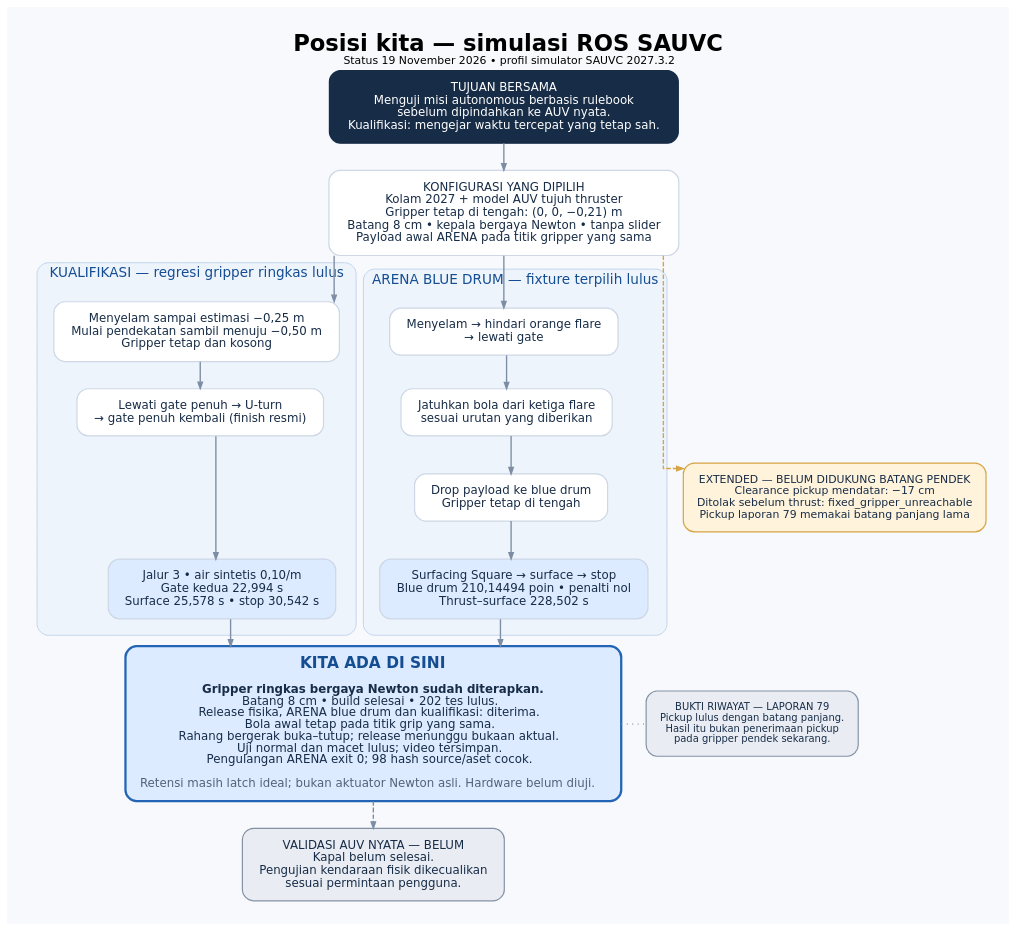
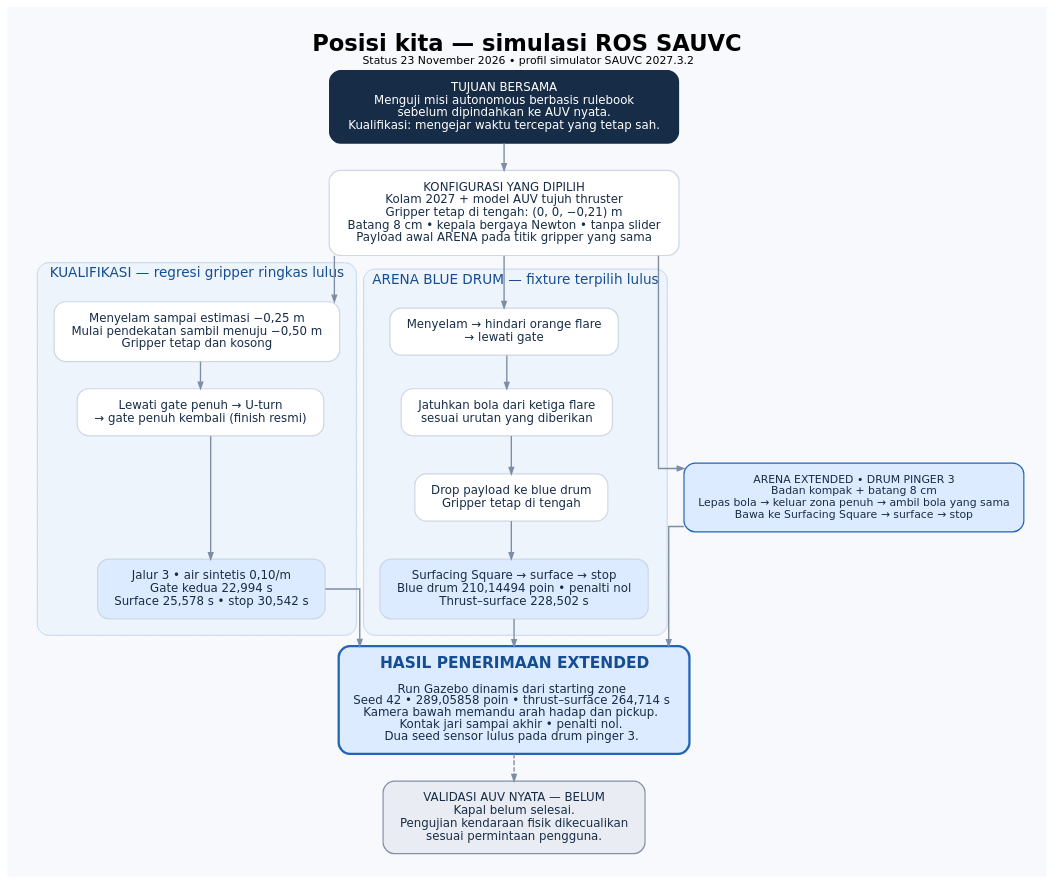
Before and after one commit to Customize5773/AUV: the diagram in doc/diagrams/status-simulasi-sauvc.dot, drawn with Graphviz. The commit also changed 15 other files, not shown here.

First line of the commit message:
Enhance compact pickup and alignment strategies in arena mission

```diff
--- a/doc/diagrams/status-simulasi-sauvc.dot
+++ b/doc/diagrams/status-simulasi-sauvc.dot
@@ -1,50 +1,43 @@
 digraph progress {
   graph [rankdir=TB, newrank=true, bgcolor="#F7F9FC", pad="0.35", nodesep="0.38", ranksep="0.42", splines=ortho,
          fontname="DejaVu Sans", labelloc=t,
-         label=<<FONT POINT-SIZE="25"><B>Posisi kita — simulasi ROS SAUVC</B></FONT><BR/><FONT POINT-SIZE="12">Status 19 November 2026 • profil simulator SAUVC 2027.3.2</FONT>>];
+         label=<<FONT POINT-SIZE="25"><B>Posisi kita — simulasi ROS SAUVC</B></FONT><BR/><FONT POINT-SIZE="12">Status 23 November 2026 • profil simulator SAUVC 2027.3.2</FONT>>];
   node [shape=box, style="rounded,filled", fontname="DejaVu Sans", fontsize=13,
         color="#CDD7E5", fillcolor="white", fontcolor="#172C47", margin="0.22,0.16", penwidth=1.3];
   edge [color="#7D8DA5", arrowsize=0.7, penwidth=1.5];
 
   goal [fillcolor="#172C47", fontcolor="white", color="#172C47",
         label="TUJUAN BERSAMA\nMenguji misi autonomous berbasis rulebook\nsebelum dipindahkan ke AUV nyata.\nKualifikasi: mengejar waktu tercepat yang tetap sah."];
   platform [label="KONFIGURASI YANG DIPILIH\nKolam 2027 + model AUV tujuh thruster\nGripper tetap di tengah: (0, 0, −0,21) m\nBatang 8 cm • kepala bergaya Newton • tanpa slider\nPayload awal ARENA pada titik gripper yang sama"];
   goal -> platform;
 
   subgraph cluster_q {
     label="KUALIFIKASI — regresi gripper ringkas lulus"; fontname="DejaVu Sans"; fontsize=15; fontcolor="#144D91";
     color="#BED2EB"; style="rounded,filled"; fillcolor="#EEF4FC"; margin=18;
     q1 [label="Menyelam sampai estimasi −0,25 m\nMulai pendekatan sambil menuju −0,50 m\nGripper tetap dan kosong"];
     q2 [label="Lewati gate penuh → U-turn\n→ gate penuh kembali (finish resmi)"];
     q3 [label="Jalur 3 • air sintetis 0,10/m\nGate kedua 22,994 s\nSurface 25,578 s • stop 30,542 s", fillcolor="#DCEBFF"];
     q1 -> q2 -> q3;
   }
   subgraph cluster_a {
     label="ARENA BLUE DRUM — fixture terpilih lulus"; fontname="DejaVu Sans"; fontsize=15; fontcolor="#144D91";
     color="#BED2EB"; style="rounded,filled"; fillcolor="#EEF4FC"; margin=18;
     a1 [label="Menyelam → hindari orange flare\n→ lewati gate"];
     a2 [label="Jatuhkan bola dari ketiga flare\nsesuai urutan yang diberikan"];
     a3 [label="Drop payload ke blue drum\nGripper tetap di tengah"];
     a4 [label="Surfacing Square → surface → stop\nBlue drum 210,14494 poin • penalti nol\nThrust–surface 228,502 s", fillcolor="#DCEBFF"];
     a1 -> a2 -> a3 -> a4;
   }
-  blocked [fillcolor="#FFF3DB", color="#D6A445", fontsize=12,
-           label="EXTENDED — BELUM DIDUKUNG BATANG PENDEK\nClearance pickup mendatar: −17 cm\nDitolak sebelum thrust: fixed_gripper_unreachable\nPickup laporan 79 memakai batang panjang lama"];
-  platform -> q1; platform -> a1;
-  platform -> blocked [style=dashed, color="#D6A445"];
+  extended [fillcolor="#DCEBFF", color="#2365B4", fontsize=12,
+           label="ARENA EXTENDED • DRUM PINGER 3\nBadan kompak + batang 8 cm\nLepas bola → keluar zona penuh → ambil bola yang sama\nBawa ke Surfacing Square → surface → stop"];
+  platform -> q1; platform -> a1; platform -> extended;
   {rank=same; q1; a1; q1 -> a1 [style=invis];}
-  {rank=same; a3; blocked;}
+  {rank=same; a3; extended;}
 
   now [fillcolor="#DCEBFF", color="#2365B4", penwidth=2.5,
-       label=<<FONT POINT-SIZE="17" COLOR="#144D91"><B>KITA ADA DI SINI</B></FONT><BR/><BR/><B>Gripper ringkas bergaya Newton sudah diterapkan.</B><BR/>Batang 8 cm • build selesai • 202 tes lulus.<BR/>Release fisika, ARENA blue drum dan kualifikasi: diterima.<BR/>Bola awal tetap pada titik grip yang sama.<BR/>Rahang bergerak buka–tutup; release menunggu bukaan aktual.<BR/>Uji normal dan macet lulus; video tersimpan.<BR/>Pengulangan ARENA exit 0; 98 hash source/aset cocok.<BR/><BR/><FONT COLOR="#52627A">Retensi masih latch ideal; bukan aktuator Newton asli. Hardware belum diuji.</FONT>>];
-  q3 -> now; a4 -> now;
-
-  history [fillcolor="#E9EDF3", color="#8491A5", fontsize=11,
-           label="BUKTI RIWAYAT — LAPORAN 79\nPickup lulus dengan batang panjang.\nHasil itu bukan penerimaan pickup\npada gripper pendek sekarang."];
-  {rank=same; now; history;}
-  now -> history [style=dotted, arrowhead=none, constraint=false];
-
+       label=<<FONT POINT-SIZE="17" COLOR="#144D91"><B>HASIL PENERIMAAN EXTENDED</B></FONT><BR/><BR/>Run Gazebo dinamis dari starting zone<BR/>Seed 42 • 289,05858 poin • thrust–surface 264,714 s<BR/>Kamera bawah memandu arah hadap dan pickup.<BR/>Kontak jari sampai akhir • penalti nol.<BR/>Dua seed sensor lulus pada drum pinger 3.>];
+  q3 -> now; a4 -> now; extended -> now;
   real [fillcolor="#E9EDF3", color="#8491A5",
         label="VALIDASI AUV NYATA — BELUM\nKapal belum selesai.\nPengujian kendaraan fisik dikecualikan\nsesuai permintaan pengguna."];
   now -> real [style=dashed];
 }
```
